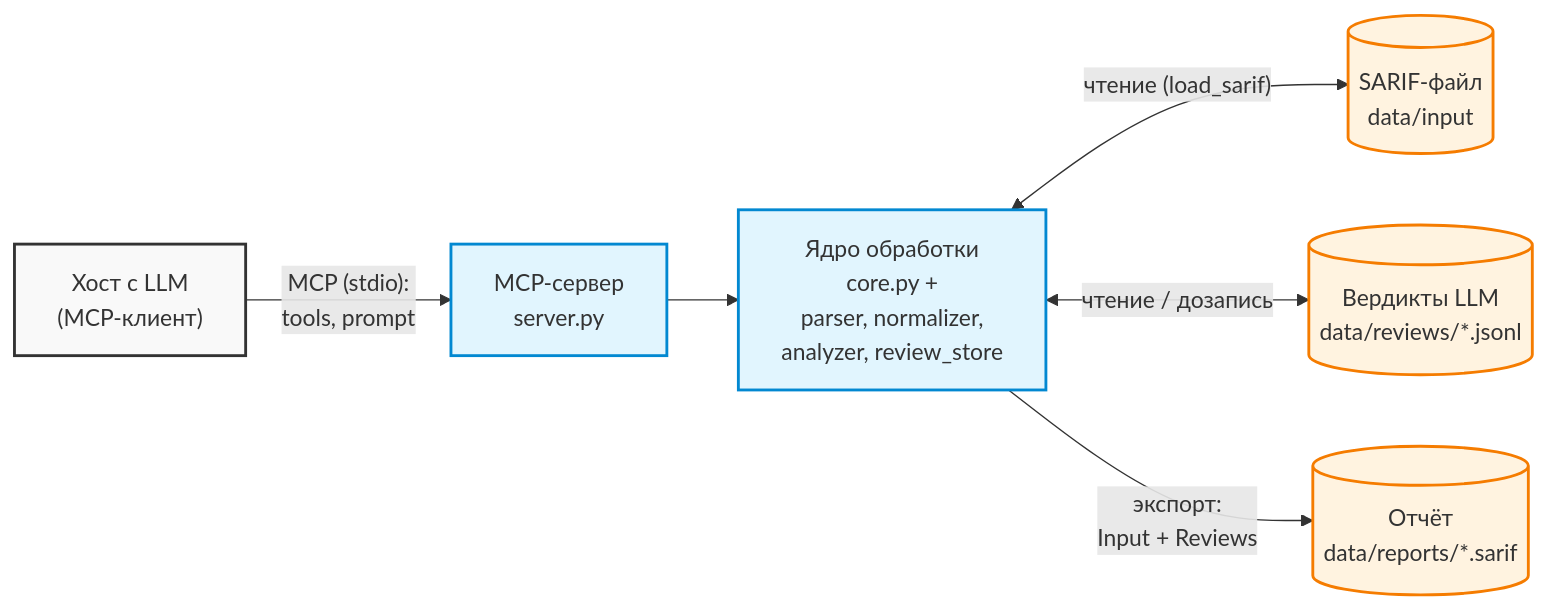
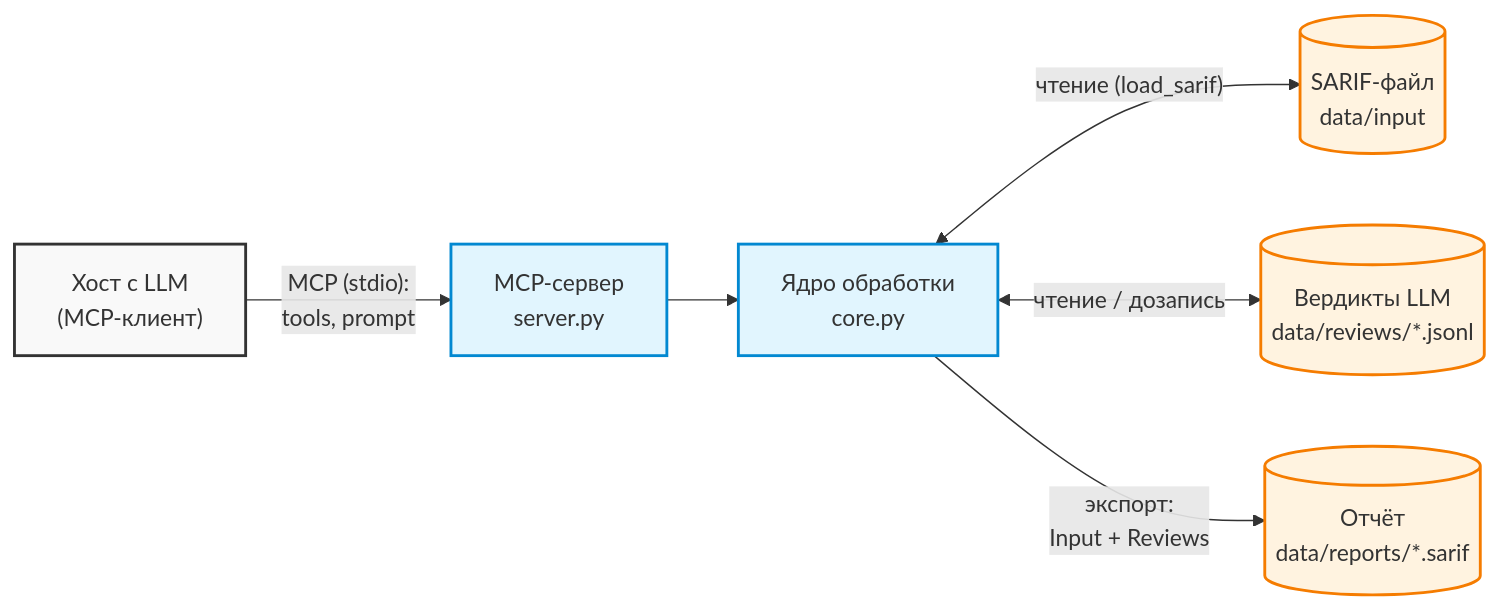
One commit to Otto-7/mcp changed the diagram in docs/architecture.md. Above: the diagram before and after it, drawn with Mermaid.

Commit message:
Update Core processing description in architecture.md
Removed parser, normalizer, analyzer, and review_store from Core description.

````diff
--- a/docs/architecture.md
+++ b/docs/architecture.md
@@ -52,23 +52,23 @@
 ```mermaid
 graph LR
     classDef host fill:#f9f9f9,stroke:#333,stroke-width:2px;
     classDef app fill:#e1f5fe,stroke:#0288d1,stroke-width:2px;
     classDef db fill:#fff3e0,stroke:#f57c00,stroke-width:2px;
 
     Host["Хост с LLM<br/>(MCP-клиент)"]:::host
     Server["MCP-сервер<br/>server.py"]:::app
-    Core["Ядро обработки<br/>core.py +<br/>parser, normalizer,<br/>analyzer, review_store"]:::app
+    Core["Ядро обработки<br/>core.py"]:::app
     
     SARIF[("SARIF-файл<br/>data/input")]:::db
     Verdicts[("Вердикты LLM<br/>data/reviews/*.jsonl")]:::db
     Report[("Отчёт<br/>data/reports/*.sarif")]:::db
 
     Host -- "MCP (stdio):<br/>tools, prompt" --> Server
     Server --> Core
     
     Core <-- "чтение (load_sarif)" --> SARIF
     
     Core <-- "чтение / дозапись" --> Verdicts
     
     Core -- "экспорт:<br/>Input + Reviews" --> Report
 ```
````
